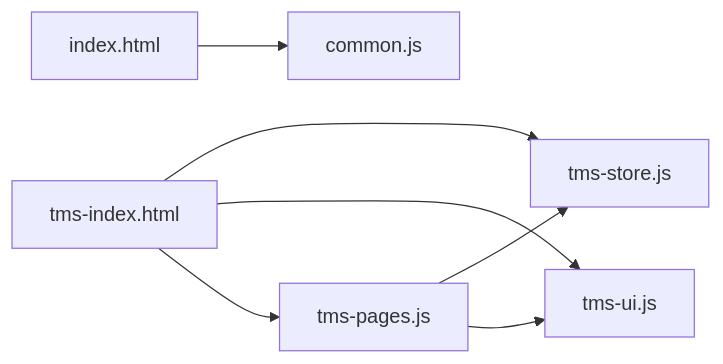
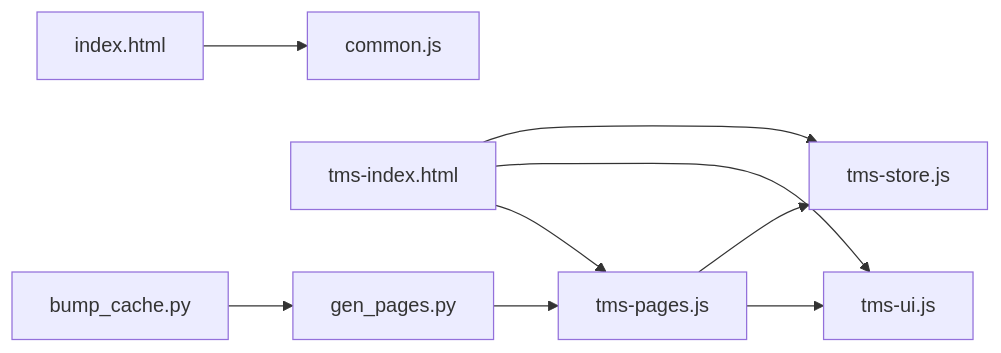
One commit to PengLine/blog-tms changed the eighth of 8 diagrams in .qoder/repowiki/zh/content/开发指南/新功能开发/页面开发流程/页面开发流程.md. Above: the diagram before and after it, drawn with Mermaid. The commit also changed other lines of this file and 119 other files, not shown here.

````diff
--- a/.qoder/repowiki/zh/content/开发指南/新功能开发/页面开发流程/页面开发流程.md
+++ b/.qoder/repowiki/zh/content/开发指南/新功能开发/页面开发流程/页面开发流程.md
@@ -304,9 +432,11 @@
 ```mermaid
 graph LR
 Pages["tms-pages.js"] --> Store["tms-store.js"]
 Pages --> UI["tms-ui.js"]
 Index["index.html"] --> Common["common.js"]
 Dashboard["tms-index.html"] --> Store
 Dashboard --> UI
 Dashboard --> Pages
+Gen["gen_pages.py"] --> Pages
+Bump["bump_cache.py"] --> Gen
 ```
````
